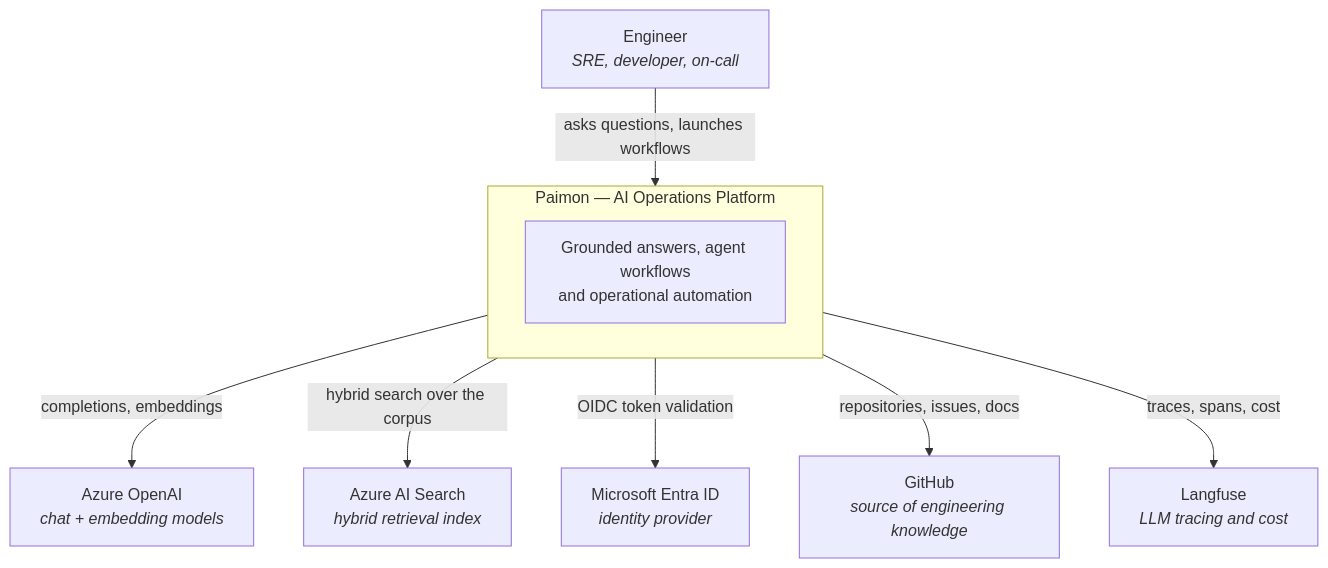
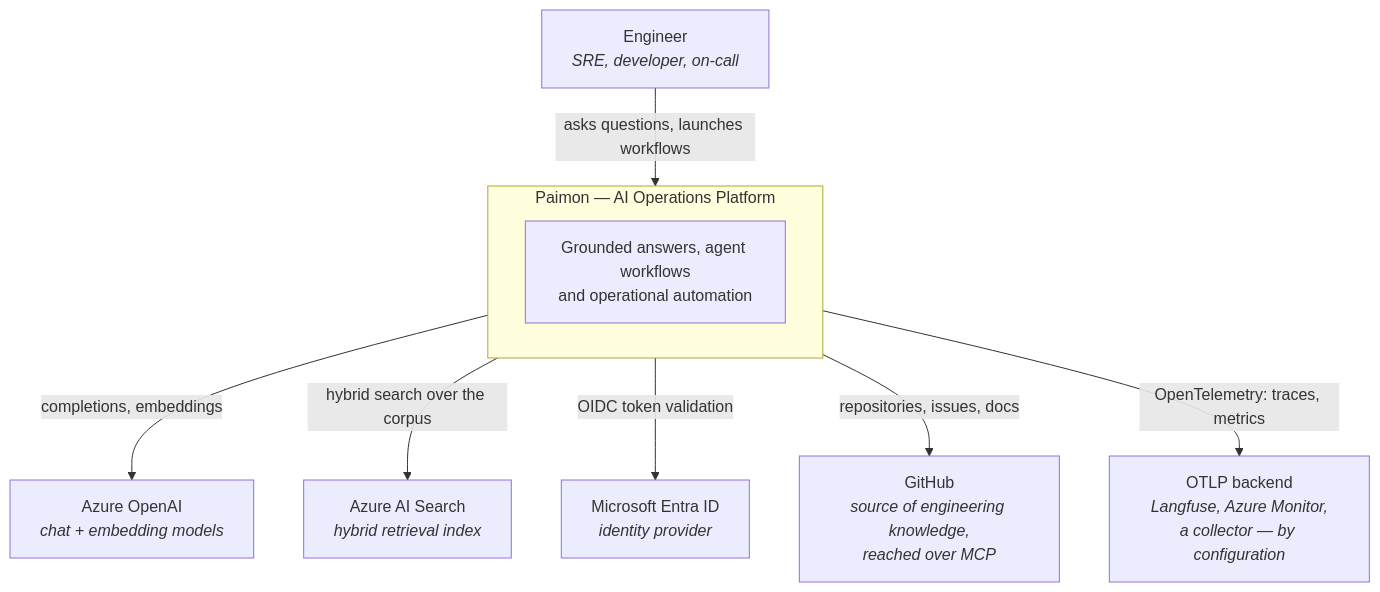
Before and after one commit to sergiomedi/paimon: the first of 5 diagrams in docs/architecture/overview.md, drawn with Mermaid. The commit also changed other lines of this file and 2 other files, not shown here.

````diff
--- a/docs/architecture/overview.md
+++ b/docs/architecture/overview.md
@@ -18,21 +18,21 @@
 ```mermaid
 flowchart TB
     engineer["Engineer<br/><i>SRE, developer, on-call</i>"]
 
     subgraph paimon["Paimon — AI Operations Platform"]
         core["Grounded answers, agent workflows<br/>and operational automation"]
     end
 
     aoai["Azure OpenAI<br/><i>chat + embedding models</i>"]
     search["Azure AI Search<br/><i>hybrid retrieval index</i>"]
     entra["Microsoft Entra ID<br/><i>identity provider</i>"]
-    github["GitHub<br/><i>source of engineering knowledge</i>"]
-    langfuse["Langfuse<br/><i>LLM tracing and cost</i>"]
+    github["GitHub<br/><i>source of engineering knowledge,<br/>reached over MCP</i>"]
+    telemetry["OTLP backend<br/><i>Langfuse, Azure Monitor,<br/>a collector — by configuration</i>"]
 
     engineer -->|"asks questions, launches workflows"| paimon
     paimon -->|"completions, embeddings"| aoai
     paimon -->|"hybrid search over the corpus"| search
     paimon -->|"OIDC token validation"| entra
     paimon -->|"repositories, issues, docs"| github
-    paimon -->|"traces, spans, cost"| langfuse
+    paimon -->|"OpenTelemetry: traces, metrics"| telemetry
 ```
````
